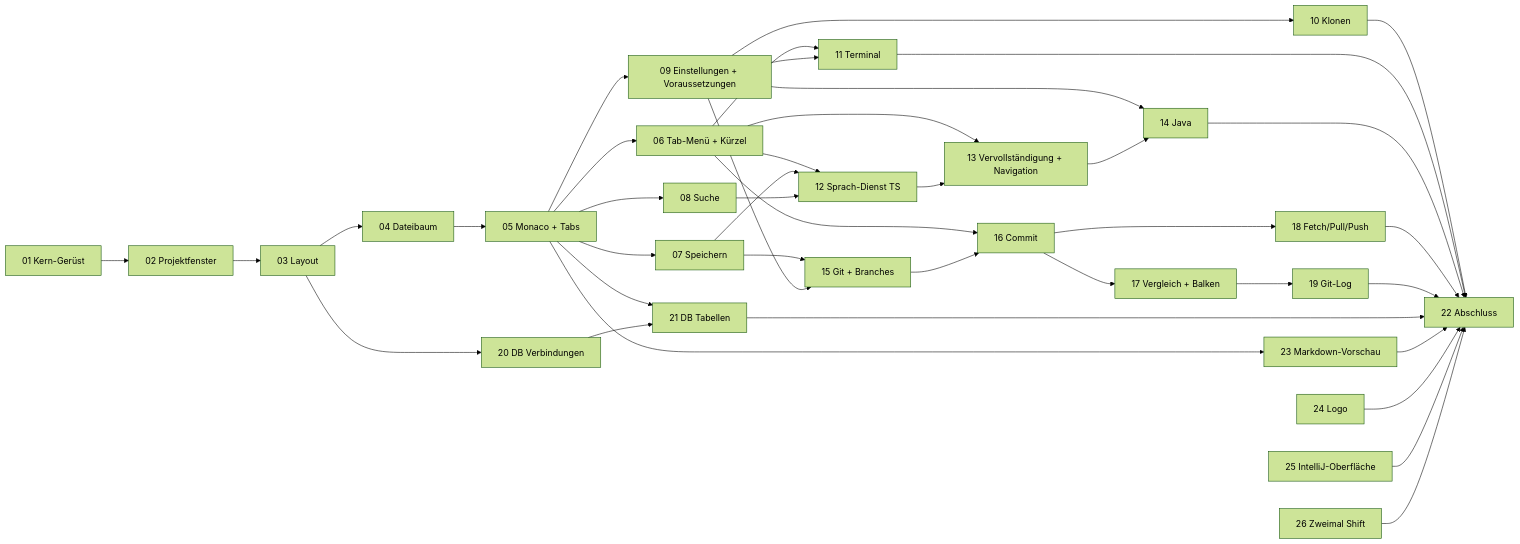
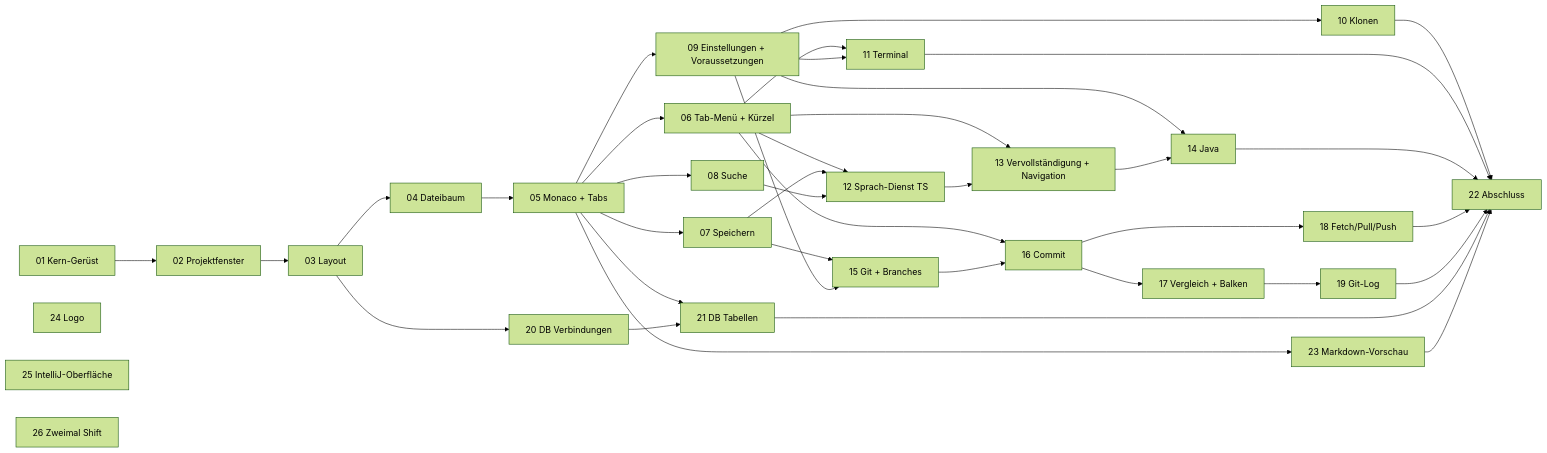
Before and after one commit to BonomoAlessandro/codium: the diagram in docs/tickets/README.md, drawn with Mermaid (forest theme). The commit also changed other lines of this file and 3 other files, not shown here.

````diff
--- a/docs/tickets/README.md
+++ b/docs/tickets/README.md
@@ -98,42 +98,42 @@
 ```mermaid
 flowchart LR
   T01[01 Kern-Gerüst] --> T02[02 Projektfenster]
   T02 --> T03[03 Layout]
   T03 --> T04[04 Dateibaum]
   T04 --> T05[05 Monaco + Tabs]
   T05 --> T06[06 Tab-Menü + Kürzel]
   T05 --> T07[07 Speichern]
   T05 --> T08[08 Suche]
   T05 --> T09[09 Einstellungen + Voraussetzungen]
   T09 --> T10[10 Klonen]
   T06 --> T11[11 Terminal]
   T09 --> T11
   T06 --> T12[12 Sprach-Dienst TS]
   T07 --> T12
   T08 --> T12
   T06 --> T13[13 Vervollständigung + Navigation]
   T12 --> T13
   T09 --> T14[14 Java]
   T13 --> T14
   T07 --> T15[15 Git + Branches]
   T09 --> T15
   T06 --> T16[16 Commit]
   T15 --> T16
   T16 --> T17[17 Vergleich + Balken]
   T16 --> T18[18 Fetch/Pull/Push]
   T17 --> T19[19 Git-Log]
   T03 --> T20[20 DB Verbindungen]
   T05 --> T21[21 DB Tabellen]
   T20 --> T21
   T10 --> T22[22 Abschluss]
   T11 --> T22
   T14 --> T22
   T18 --> T22
   T19 --> T22
   T21 --> T22
   T05 --> T23[23 Markdown-Vorschau]
   T23 --> T22
-  T24[24 Logo] --> T22
-  T25[25 IntelliJ-Oberfläche] --> T22
-  T26[26 Zweimal Shift] --> T22
+  T24[24 Logo]
+  T25[25 IntelliJ-Oberfläche]
+  T26[26 Zweimal Shift]
 ```
````
